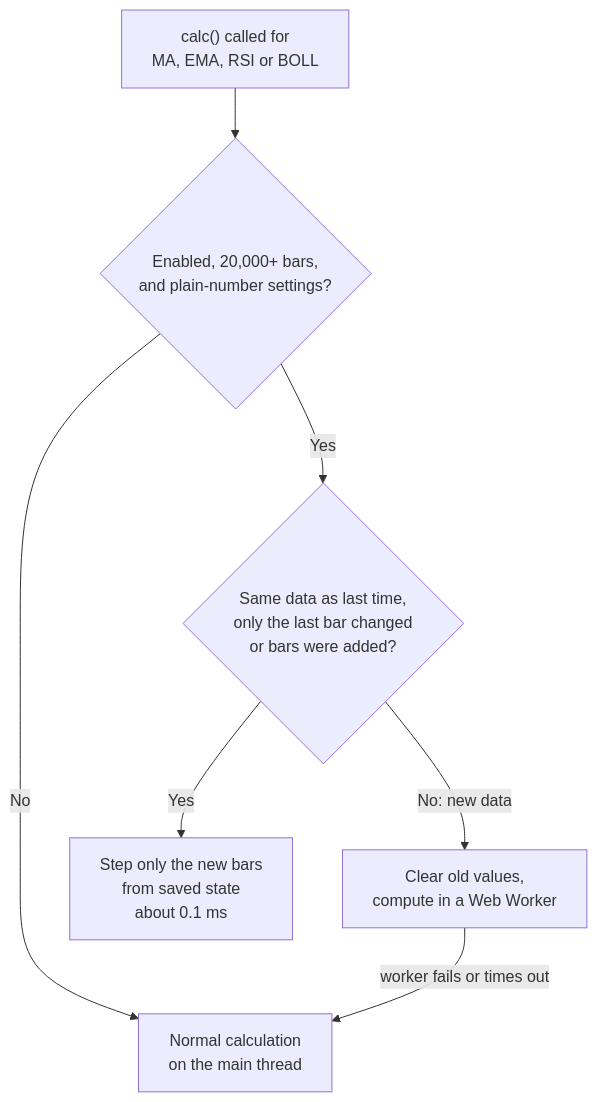
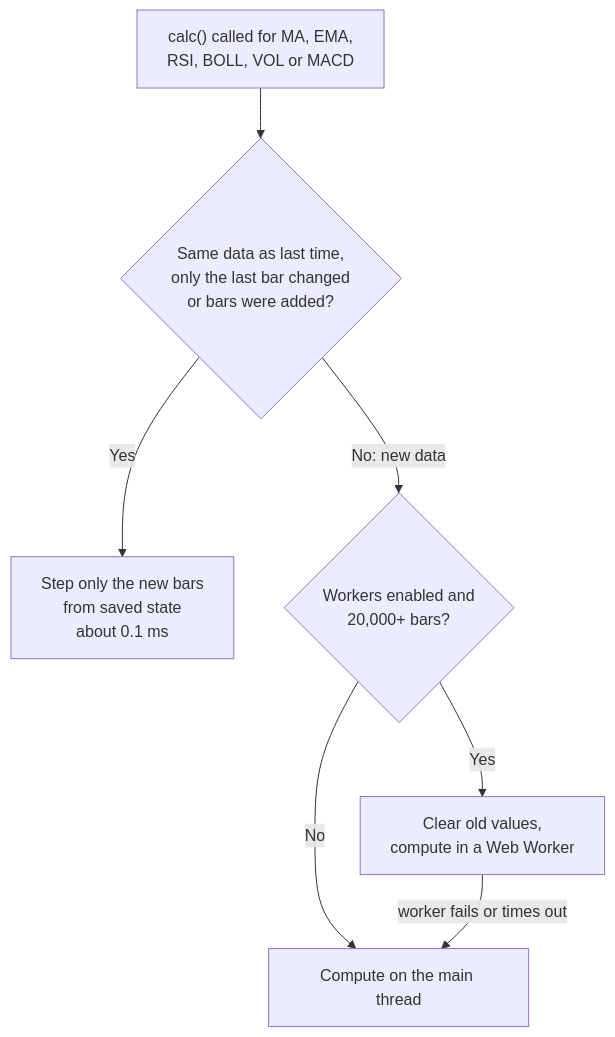
The eighth of 11 diagrams in docs/architecture.md (kowito/astroneum), drawn with Mermaid before and after one commit. The commit also changed other lines of this file and 5 other files, not shown here.

````diff
--- a/docs/architecture.md
+++ b/docs/architecture.md
@@ -247,10 +249,10 @@
 ```mermaid
 %% diagram: worker-decision
 flowchart TD
-    A["calc() called for<br/>MA, EMA, RSI or BOLL"] --> B{"Enabled, 20,000+ bars,<br/>and plain-number settings?"}
-    B -->|"No"| M["Normal calculation<br/>on the main thread"]
-    B -->|"Yes"| C{"Same data as last time,<br/>only the last bar changed<br/>or bars were added?"}
+    A["calc() called for MA, EMA,<br/>RSI, BOLL, VOL or MACD"] --> C{"Same data as last time,<br/>only the last bar changed<br/>or bars were added?"}
     C -->|"Yes"| T["Step only the new bars<br/>from saved state<br/>about 0.1 ms"]
-    C -->|"No: new data"| W["Clear old values,<br/>compute in a Web Worker"]
+    C -->|"No: new data"| B{"Workers enabled and<br/>20,000+ bars?"}
+    B -->|"Yes"| W["Clear old values,<br/>compute in a Web Worker"]
+    B -->|"No"| M["Compute on the main thread"]
     W -->|"worker fails or times out"| M
 ```
````
